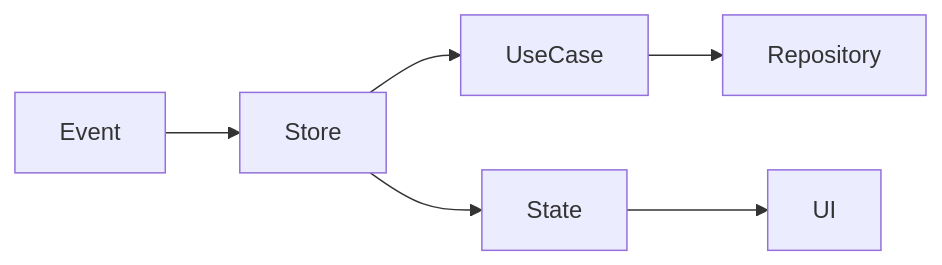
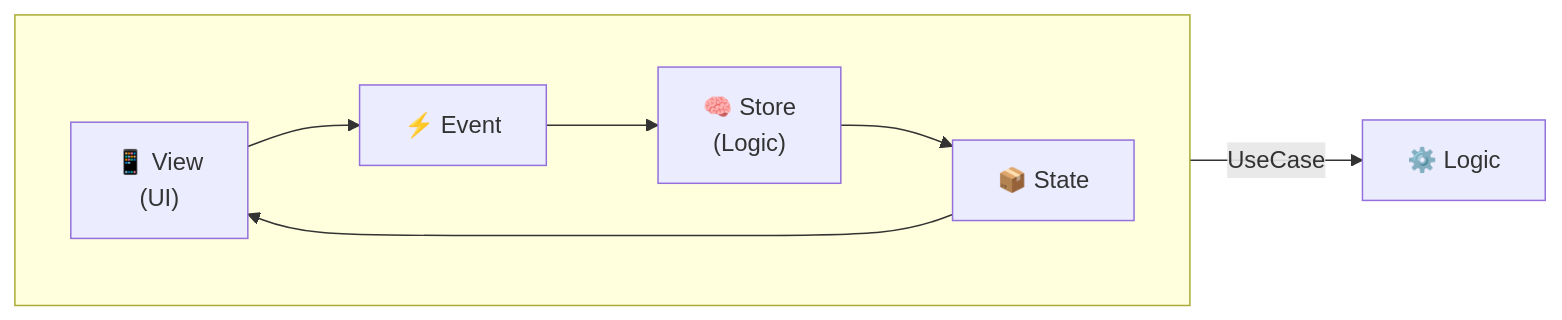
The first of 2 diagrams in GEMINI.md (jkjamies/MESA-iOS), drawn with Mermaid before and after one commit. The commit also changed other lines of this file and 1 other file, not shown here.

First line of the commit message:
Updates diagrams for clarity and consistency

````diff
--- a/GEMINI.md
+++ b/GEMINI.md
@@ -50,8 +50,12 @@
 ```mermaid
 flowchart LR
-    Event --> Store
-    Store --> UseCase
-    UseCase --> Repository
-    Store --> State
-    State --> UI
+    subgraph Top [ ]
+        direction LR
+        View["📱 View<br/>(UI)"] --> Event["⚡️ Event"]
+        Store --> State["📦 State"]
+        Event --> Store["🧠 Store<br/>(Logic)"]
+        State --> View
+    end
+    
+    Store -->|UseCase| Logic["⚙️ Logic"]
 ```
````
